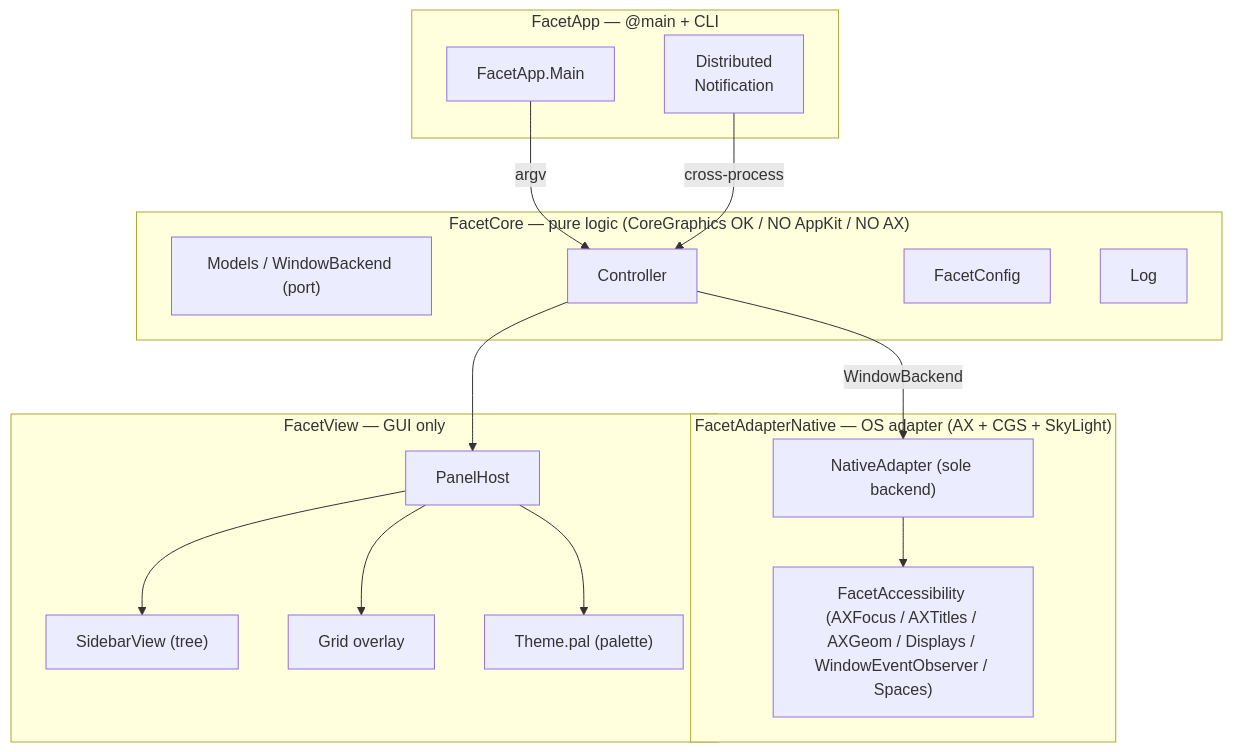
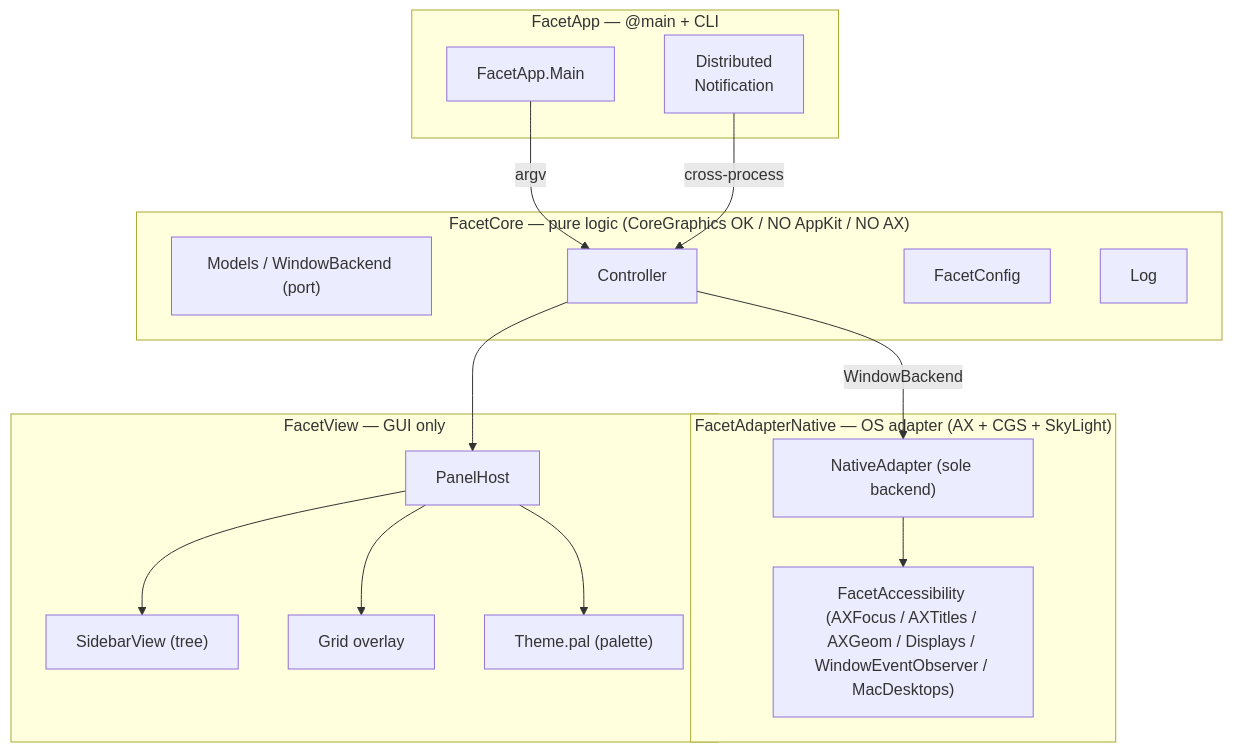
One commit to akira-toriyama/facet changed the diagram in docs/glossary.md. Above: the diagram before and after it, drawn with Mermaid. The commit also changed other lines of this file and 22 other files, not shown here.

````diff
--- a/docs/glossary.md
+++ b/docs/glossary.md
@@ -33,31 +38,31 @@
 ```mermaid
 flowchart TB
   subgraph CORE["FacetCore — pure logic (CoreGraphics OK / NO AppKit / NO AX)"]
     MODELS["Models / WindowBackend (port)"]
     CTRL["Controller"]
     CONFIG["FacetConfig"]
     LOG["Log"]
   end
   subgraph ADAPTER["FacetAdapterNative — OS adapter (AX + CGS + SkyLight)"]
     NATIVE["NativeAdapter (sole backend)"]
-    AXHELPERS["FacetAccessibility (AXFocus / AXTitles / AXGeom / Displays / WindowEventObserver / Spaces)"]
+    AXHELPERS["FacetAccessibility (AXFocus / AXTitles / AXGeom / Displays / WindowEventObserver / MacDesktops)"]
   end
   subgraph VIEW["FacetView — GUI only"]
     PANELHOST["PanelHost"]
     SIDEBAR["SidebarView (tree)"]
     GRID["Grid overlay"]
     THEME["Theme.pal (palette)"]
   end
   subgraph APP["FacetApp — @main + CLI"]
     MAIN["FacetApp.Main"]
     DNC["Distributed<br/>Notification"]
   end
   MAIN -->|argv| CTRL
   DNC -->|cross-process| CTRL
   CTRL -->|WindowBackend| NATIVE
   NATIVE --> AXHELPERS
   CTRL --> PANELHOST
   PANELHOST --> SIDEBAR
   PANELHOST --> GRID
   PANELHOST --> THEME
 ```
````
